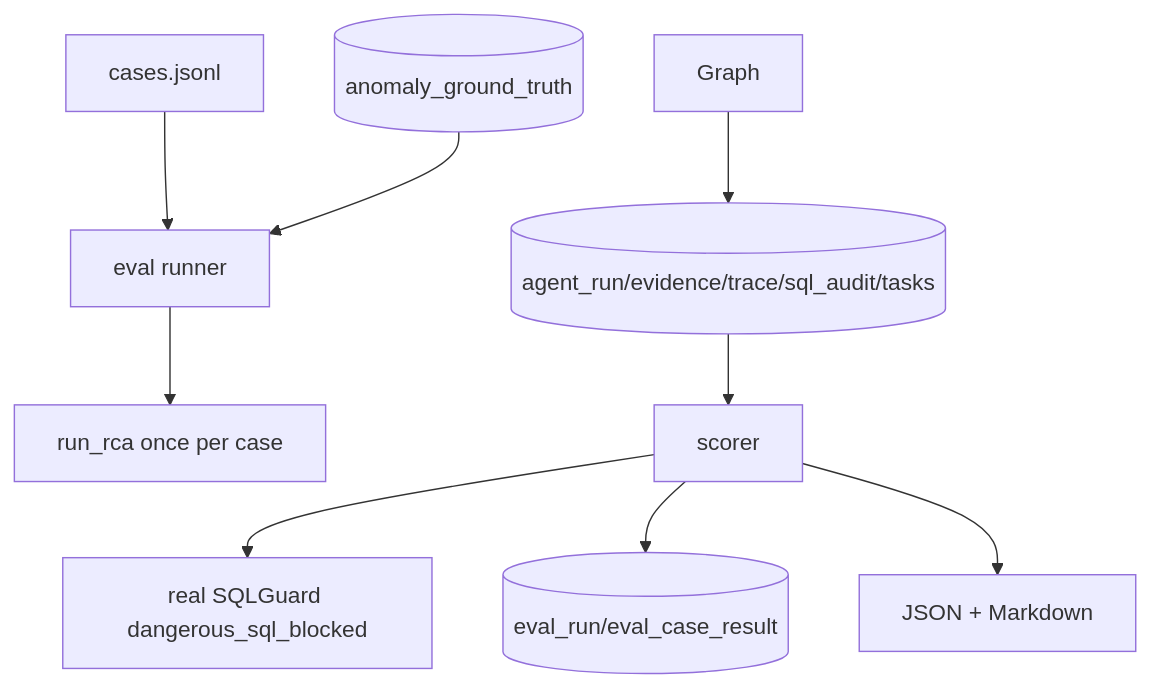
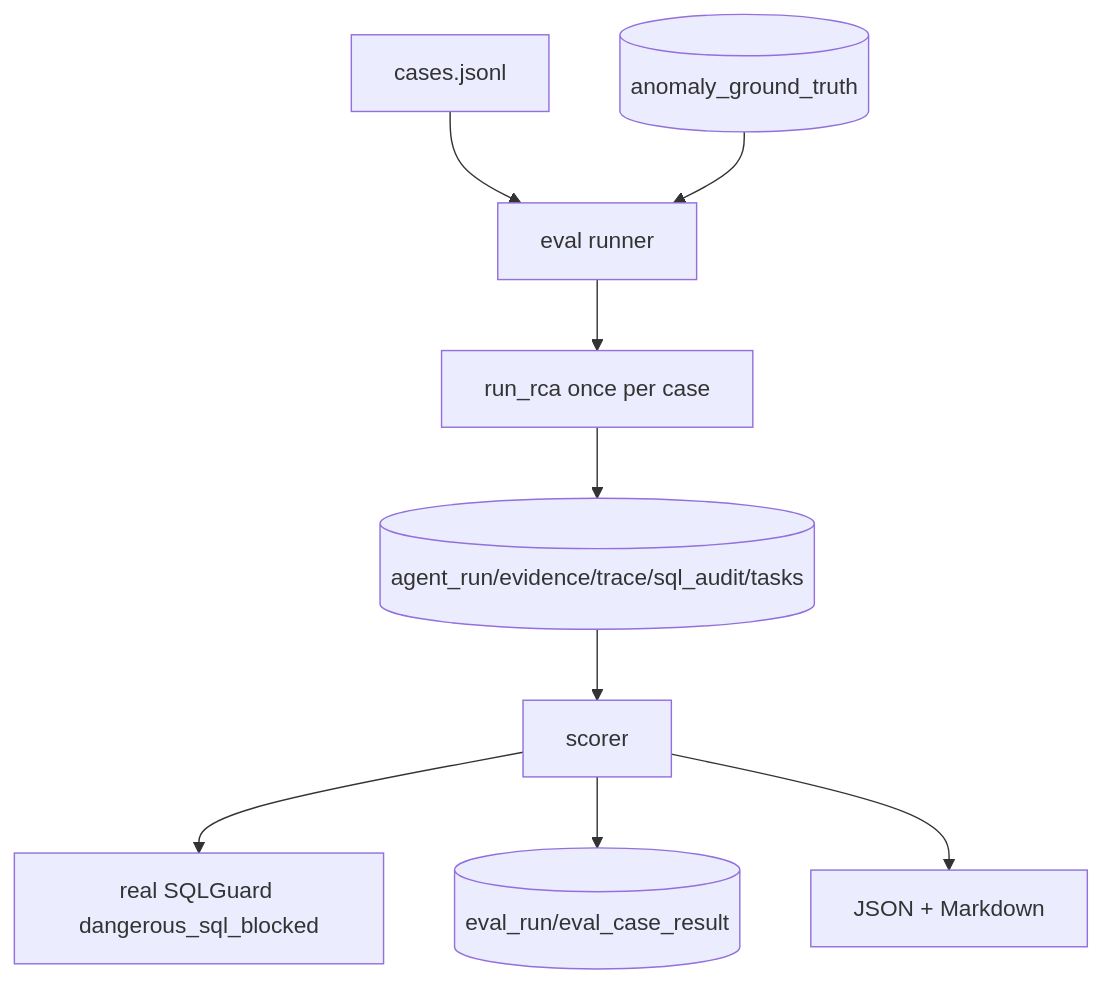
One commit to WOTMCCR/MetricRCA changed the eighth of 8 diagrams in docs/architecture.md. Above: the diagram before and after it, drawn with Mermaid. The commit also changed other lines of this file and 62 other files, not shown here.

````diff
--- a/docs/architecture.md
+++ b/docs/architecture.md
@@ -117,11 +122,11 @@
 ```mermaid
 flowchart TD
   Cases[cases.jsonl] --> Runner[eval runner]
   GT[(anomaly_ground_truth)] --> Runner
   Runner --> RunnerCall[run_rca once per case]
-  Graph --> Artifacts[(agent_run/evidence/trace/sql_audit/tasks)]
+  RunnerCall --> Artifacts[(agent_run/evidence/trace/sql_audit/tasks)]
   Artifacts --> Scorer[scorer]
   Scorer --> Guard[real SQLGuard dangerous_sql_blocked]
   Scorer --> EvalRows[(eval_run/eval_case_result)]
   Scorer --> Outputs[JSON + Markdown]
 ```
````
